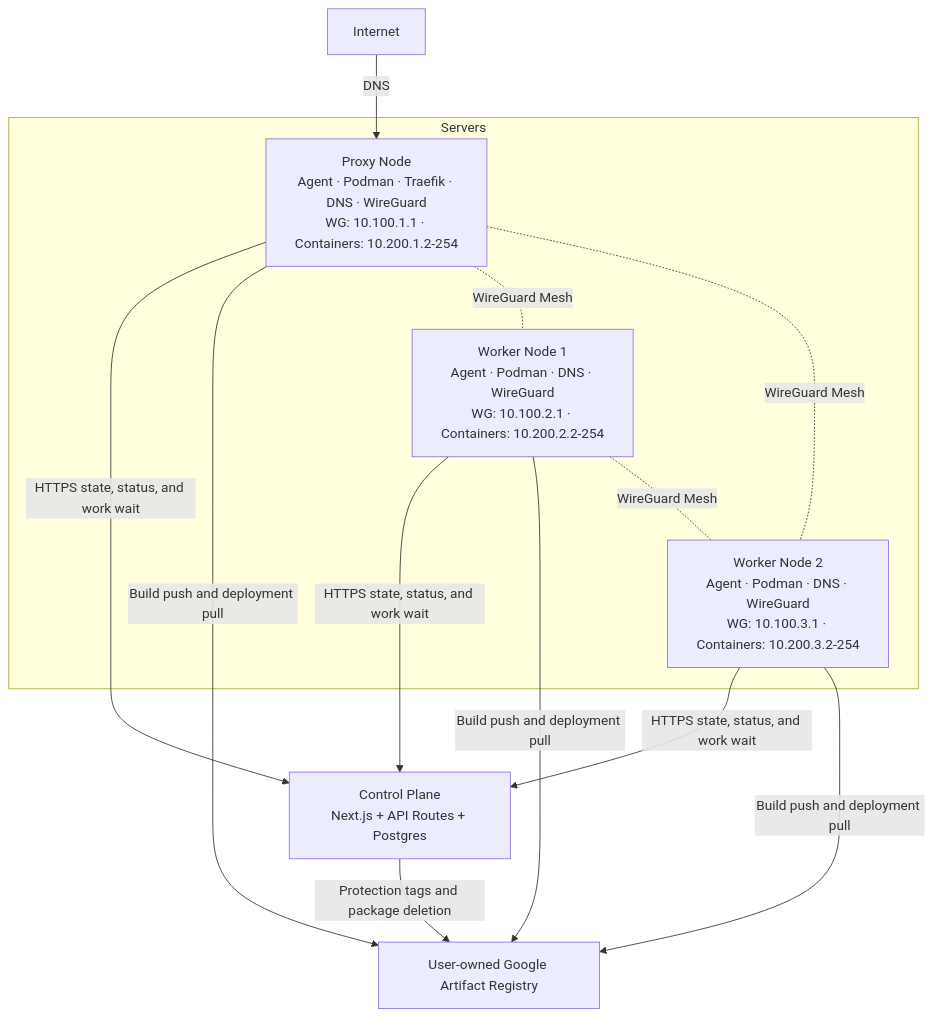
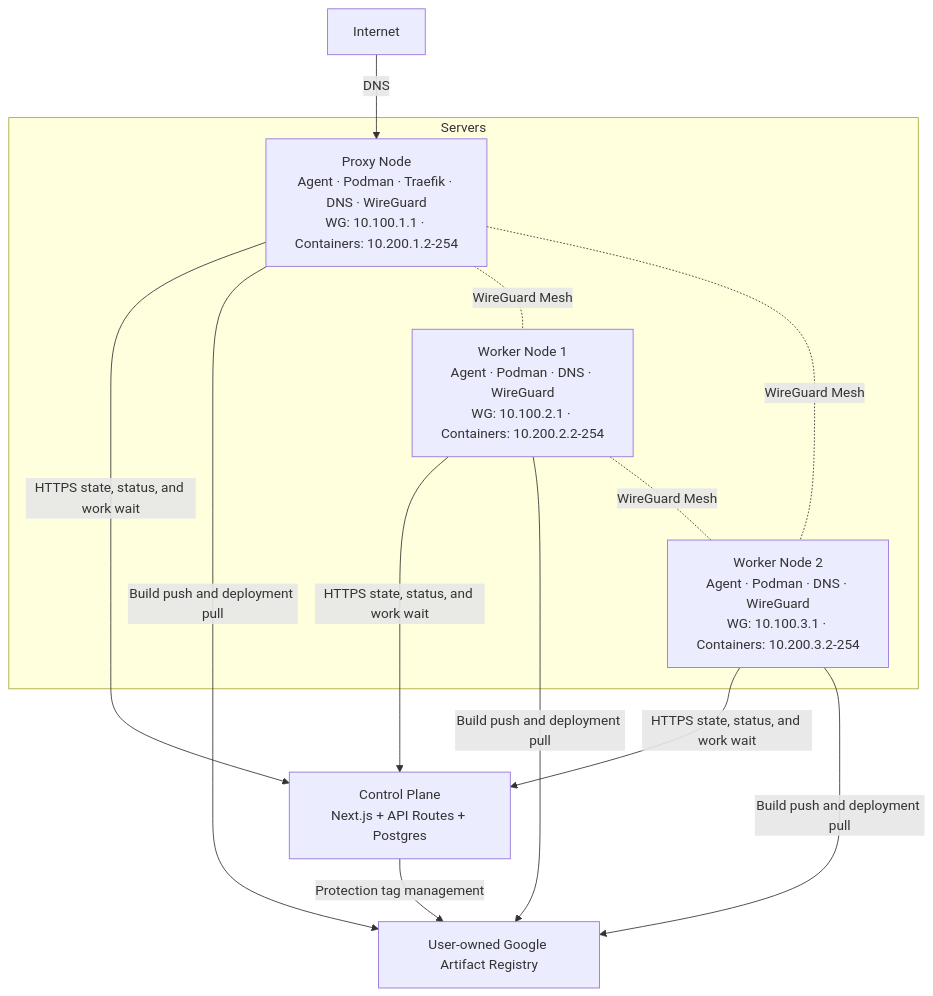
One commit to techulus/cloud changed the first of 3 diagrams in docs/architecture.mdx. Above: the diagram before and after it, drawn with Mermaid. The commit also changed other lines of this file and 15 other files, not shown here.

First line of the commit message:
Delegate GAR image deletion entirely to cleanup policies

````diff
--- a/docs/architecture.mdx
+++ b/docs/architecture.mdx
@@ -43,23 +43,23 @@
 ```mermaid
 graph TD
     Internet["Internet"] -->|"DNS"| P1
 
     CP["Control Plane<br/>Next.js + API Routes + Postgres"]
     GAR["User-owned Google Artifact Registry"]
     P1 -->|"HTTPS state, status, and work wait"| CP
     W1 -->|"HTTPS state, status, and work wait"| CP
     W2 -->|"HTTPS state, status, and work wait"| CP
-    CP -->|"Protection tags and package deletion"| GAR
+    CP -->|"Protection tag management"| GAR
     P1 -->|"Build push and deployment pull"| GAR
     W1 -->|"Build push and deployment pull"| GAR
     W2 -->|"Build push and deployment pull"| GAR
 
     subgraph Servers
         P1["Proxy Node<br/>Agent · Podman · Traefik · DNS · WireGuard<br/>WG: 10.100.1.1 · Containers: 10.200.1.2-254"]
         W1["Worker Node 1<br/>Agent · Podman · DNS · WireGuard<br/>WG: 10.100.2.1 · Containers: 10.200.2.2-254"]
         W2["Worker Node 2<br/>Agent · Podman · DNS · WireGuard<br/>WG: 10.100.3.1 · Containers: 10.200.3.2-254"]
         P1 -. "WireGuard Mesh" .- W1
         P1 -. "WireGuard Mesh" .- W2
         W1 -. "WireGuard Mesh" .- W2
     end
 ```
````
